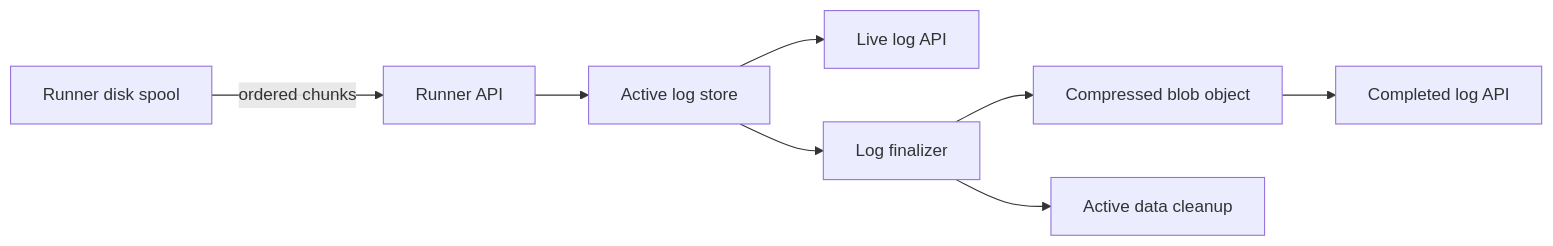
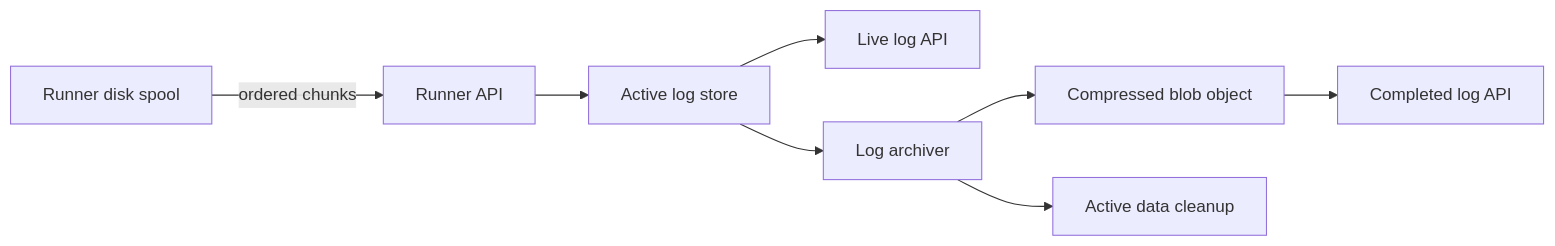
Before and after one commit to superplanehq/superplane: the diagram in docs/design/active-runner-task-log-storage.md, drawn with Mermaid. The commit also changed other lines of this file and 19 other files, not shown here.

First line of the commit message:
feat: add filesystem active log storage

````diff
--- a/docs/design/active-runner-task-log-storage.md
+++ b/docs/design/active-runner-task-log-storage.md
@@ -91,10 +92,10 @@
 ```mermaid
 flowchart LR
     Runner[Runner disk spool] -->|ordered chunks| API[Runner API]
     API --> Active[Active log store]
     Active --> Live[Live log API]
-    Active --> Finalizer[Log finalizer]
-    Finalizer --> Blob[Compressed blob object]
+    Active --> Archiver[Log archiver]
+    Archiver --> Blob[Compressed blob object]
     Blob --> Completed[Completed log API]
-    Finalizer --> Cleanup[Active data cleanup]
+    Archiver --> Cleanup[Active data cleanup]
 ```
````
